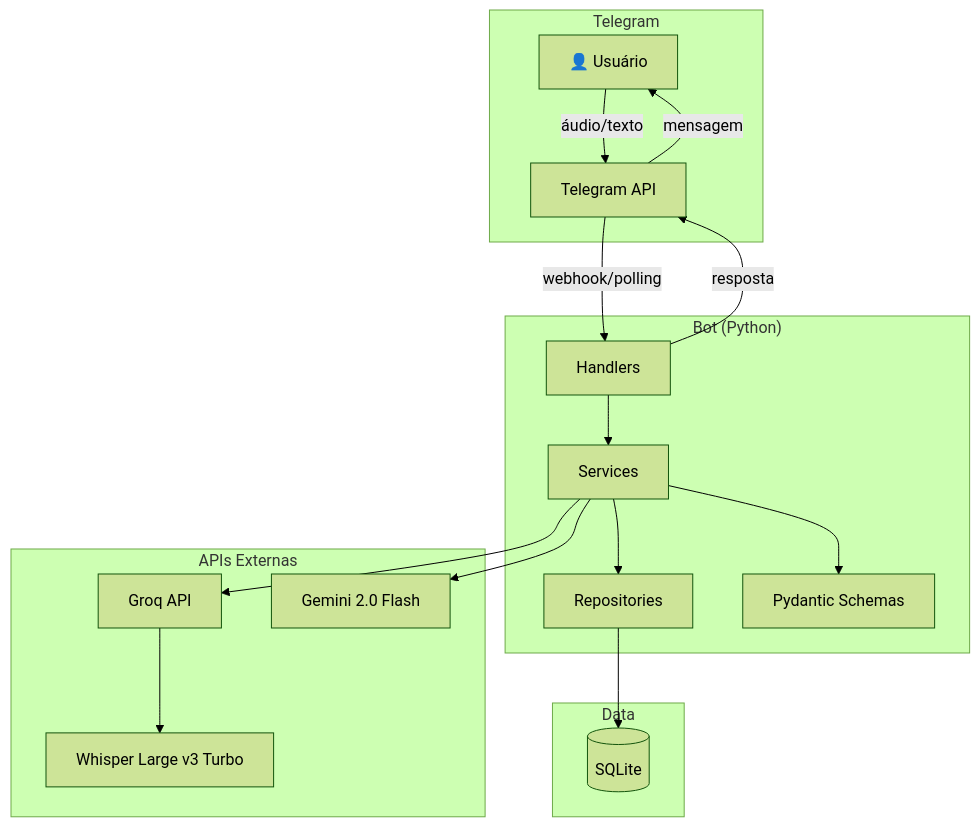
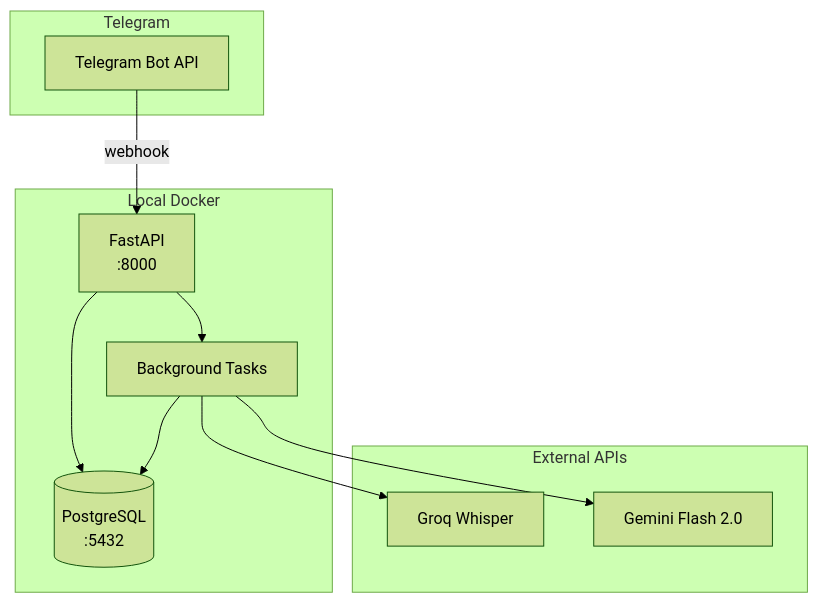
One commit to guipalm4/financial-control-agent changed the first of 3 diagrams in docs/TECH_SPECS.md. Above: the diagram before and after it, drawn with Mermaid (forest theme). The commit also changed other lines of this file and 43 other files, not shown here.

````diff
--- a/docs/TECH_SPECS.md
+++ b/docs/TECH_SPECS.md
@@ -11,36 +11,24 @@
 ```mermaid
-graph TB
-    subgraph Telegram
-        USER[👤 Usuário]
-        TG_API[Telegram API]
+graph TD
+    subgraph "Telegram"
+        TG[Telegram Bot API]
     end
     
-    subgraph "Bot (Python)"
-        HANDLERS[Handlers]
-        SERVICES[Services]
-        REPOS[Repositories]
-        SCHEMAS[Pydantic Schemas]
+    subgraph "Local Docker"
+        API[FastAPI<br/>:8000]
+        BG[Background Tasks]
+        DB[(PostgreSQL<br/>:5432)]
     end
     
-    subgraph "APIs Externas"
-        GROQ[Groq API]
-        WHISPER[Whisper Large v3 Turbo]
-        GEMINI[Gemini 2.0 Flash]
+    subgraph "External APIs"
+        GROQ[Groq Whisper]
+        GEMINI[Gemini Flash 2.0]
     end
     
-    subgraph Data
-        SQLITE[(SQLite)]
-    end
-    
-    USER -->|áudio/texto| TG_API
-    TG_API -->|webhook/polling| HANDLERS
-    HANDLERS --> SERVICES
-    SERVICES --> SCHEMAS
-    SERVICES --> REPOS
-    SERVICES --> GROQ
-    GROQ --> WHISPER
-    SERVICES --> GEMINI
-    REPOS --> SQLITE
-    HANDLERS -->|resposta| TG_API
-    TG_API -->|mensagem| USER
+    TG -->|webhook| API
+    API --> BG
+    BG --> GROQ
+    BG --> GEMINI
+    API --> DB
+    BG --> DB
 ```
````
